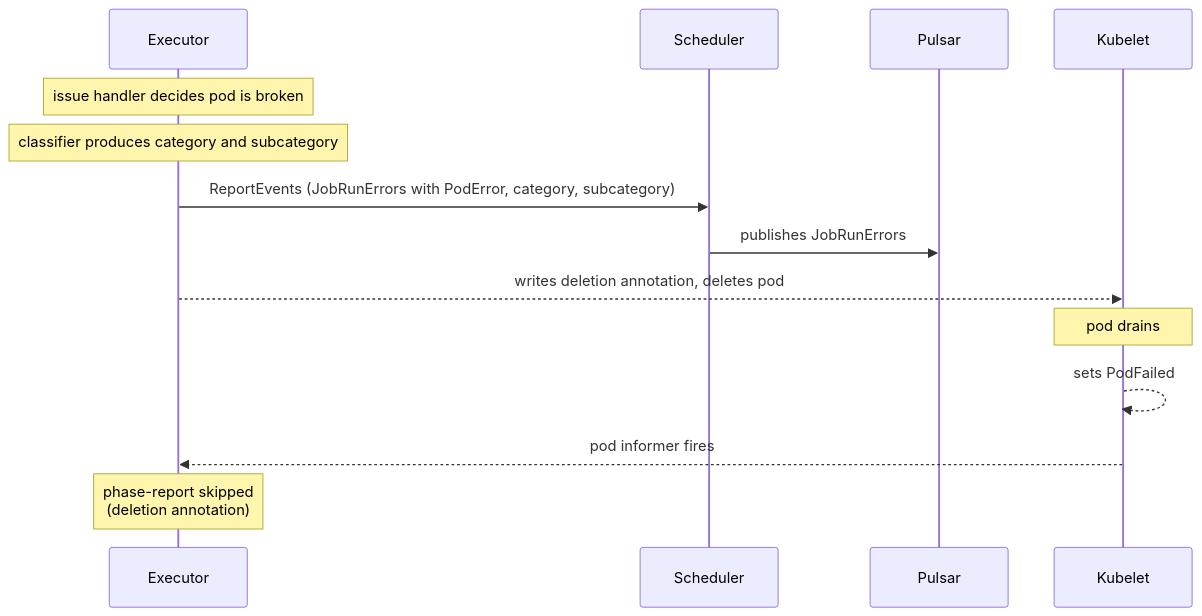
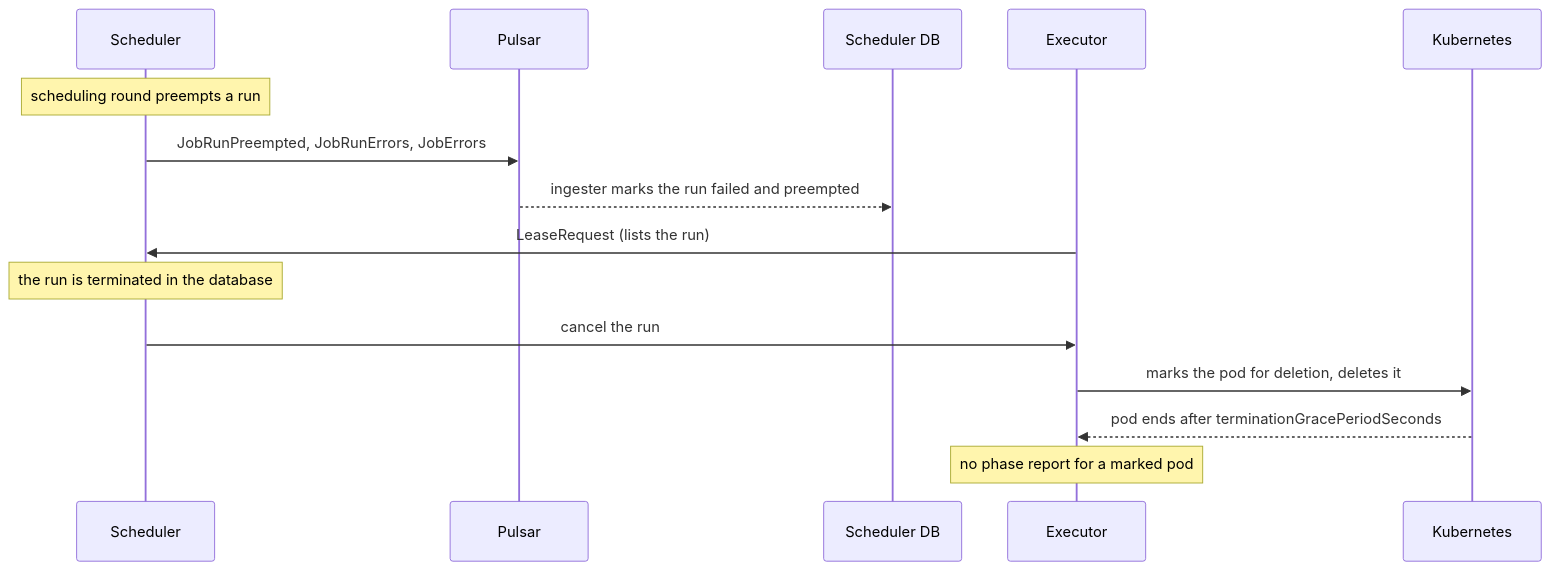
One commit to armadaproject/armada changed the eighth of 11 diagrams in docs/developer/job-lifecycle-events.md. Above: the diagram before and after it, drawn with Mermaid. The commit also changed other lines of this file, not shown here.

First line of the commit message:
Correct and restructure the job lifecycle events doc (#5347)

````diff
--- a/docs/developer/job-lifecycle-events.md
+++ b/docs/developer/job-lifecycle-events.md
@@ -330,16 +521,17 @@
 ```mermaid
 sequenceDiagram
-    participant E as Executor
     participant Sc as Scheduler
     participant P as Pulsar
-    participant K as Kubelet
-    Note over E: issue handler decides pod is broken
-    Note over E: classifier produces category and subcategory
-    E->>Sc: ReportEvents (JobRunErrors with PodError, category, subcategory)
-    Sc->>P: publishes JobRunErrors
-    E-->>K: writes deletion annotation, deletes pod
-    Note over K: pod drains
-    K-->>K: sets PodFailed
-    K-->>E: pod informer fires
-    Note over E: phase-report skipped<br/>(deletion annotation)
+    participant Pg as Scheduler DB
+    participant E as Executor
+    participant K as Kubernetes
+    Note over Sc: scheduling round preempts a run
+    Sc->>P: JobRunPreempted, JobRunErrors, JobErrors
+    P-->>Pg: ingester marks the run failed and preempted
+    E->>Sc: LeaseRequest (lists the run)
+    Note over Sc: the run is terminated in the database
+    Sc->>E: cancel the run
+    E->>K: marks the pod for deletion, deletes it
+    K-->>E: pod ends after terminationGracePeriodSeconds
+    Note over E: no phase report for a marked pod
 ```
````
